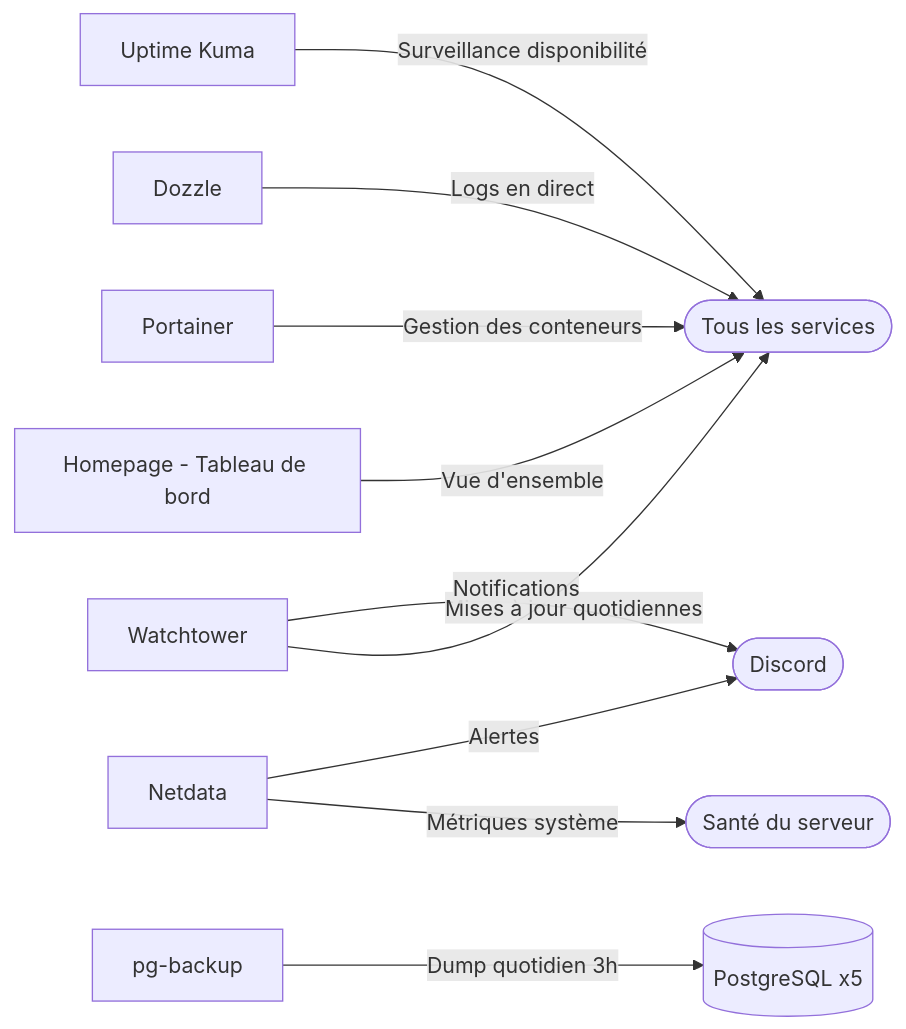
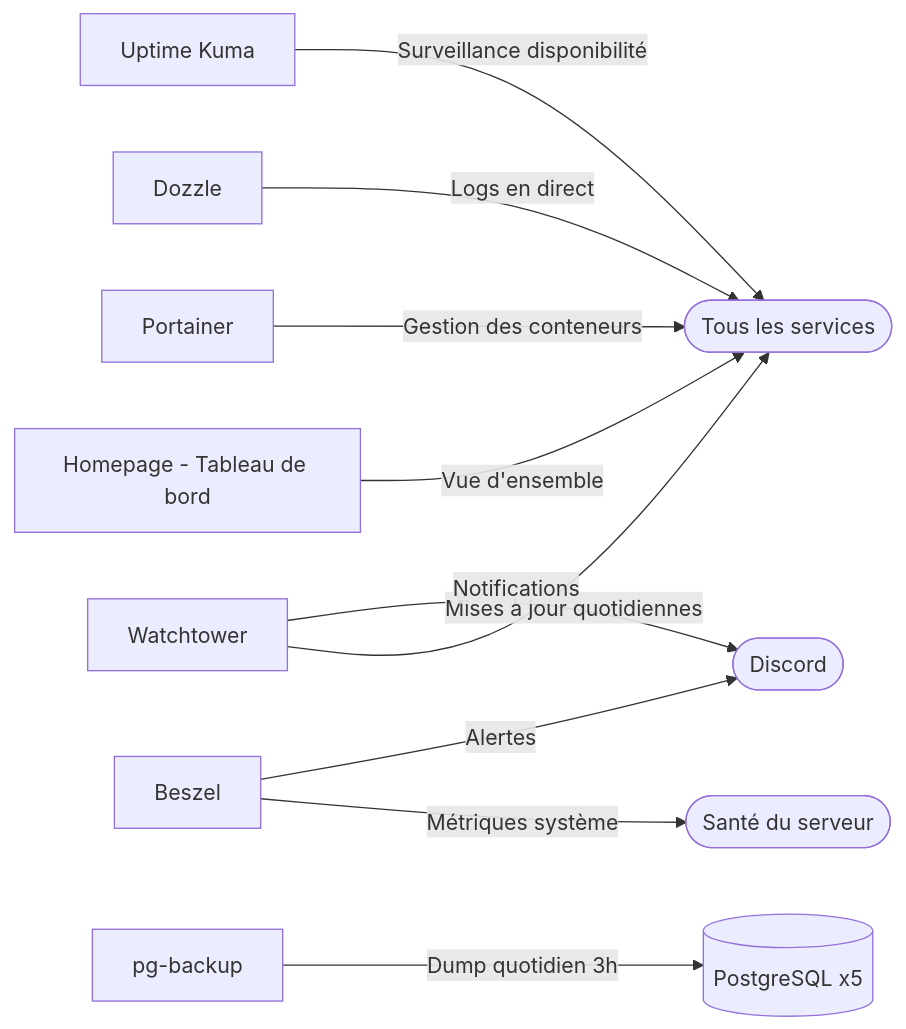
The fifth of 6 diagrams in README.md (Wifsimster/docker-setup), drawn with Mermaid before and after one commit. The commit also changed other lines of this file and 4 other files, not shown here.

First line of the commit message:
feat: replace Netdata with Beszel for system monitoring

````diff
--- a/README.md
+++ b/README.md
@@ -184,12 +184,12 @@
 ```mermaid
 graph LR
     Homepage[Homepage - Tableau de bord] -->|Vue d'ensemble| Services([Tous les services])
     Watchtower -->|Mises à jour quotidiennes| Services
     Watchtower -->|Notifications| Discord([Discord])
     Portainer -->|Gestion des conteneurs| Services
     Dozzle -->|Logs en direct| Services
-    Netdata -->|Métriques système| Serveur([Santé du serveur])
-    Netdata -->|Alertes| Discord
+    Beszel -->|Métriques système| Serveur([Santé du serveur])
+    Beszel -->|Alertes| Discord
     UptimeKuma[Uptime Kuma] -->|Surveillance disponibilité| Services
     PgBackup[pg-backup] -->|Dump quotidien 3h| DB[(PostgreSQL x5)]
 ```
````
